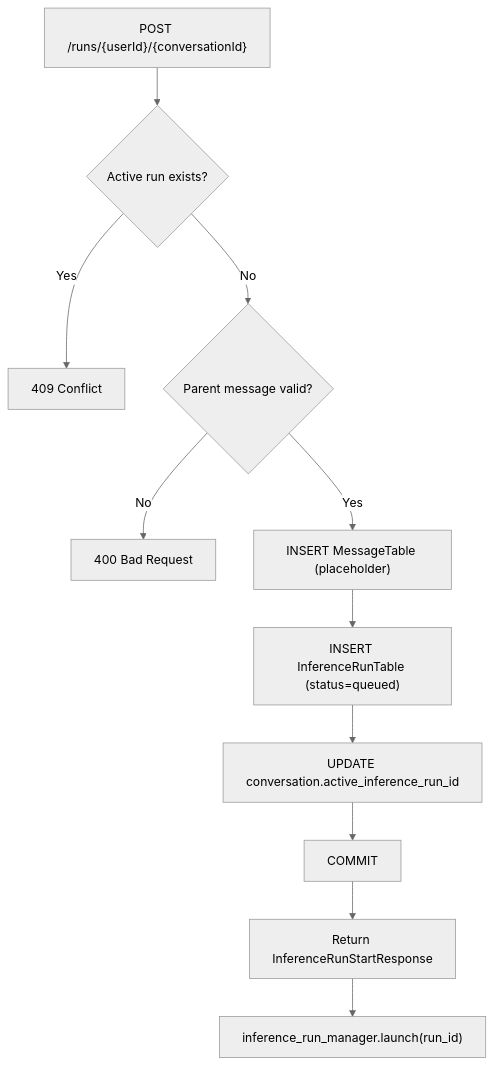
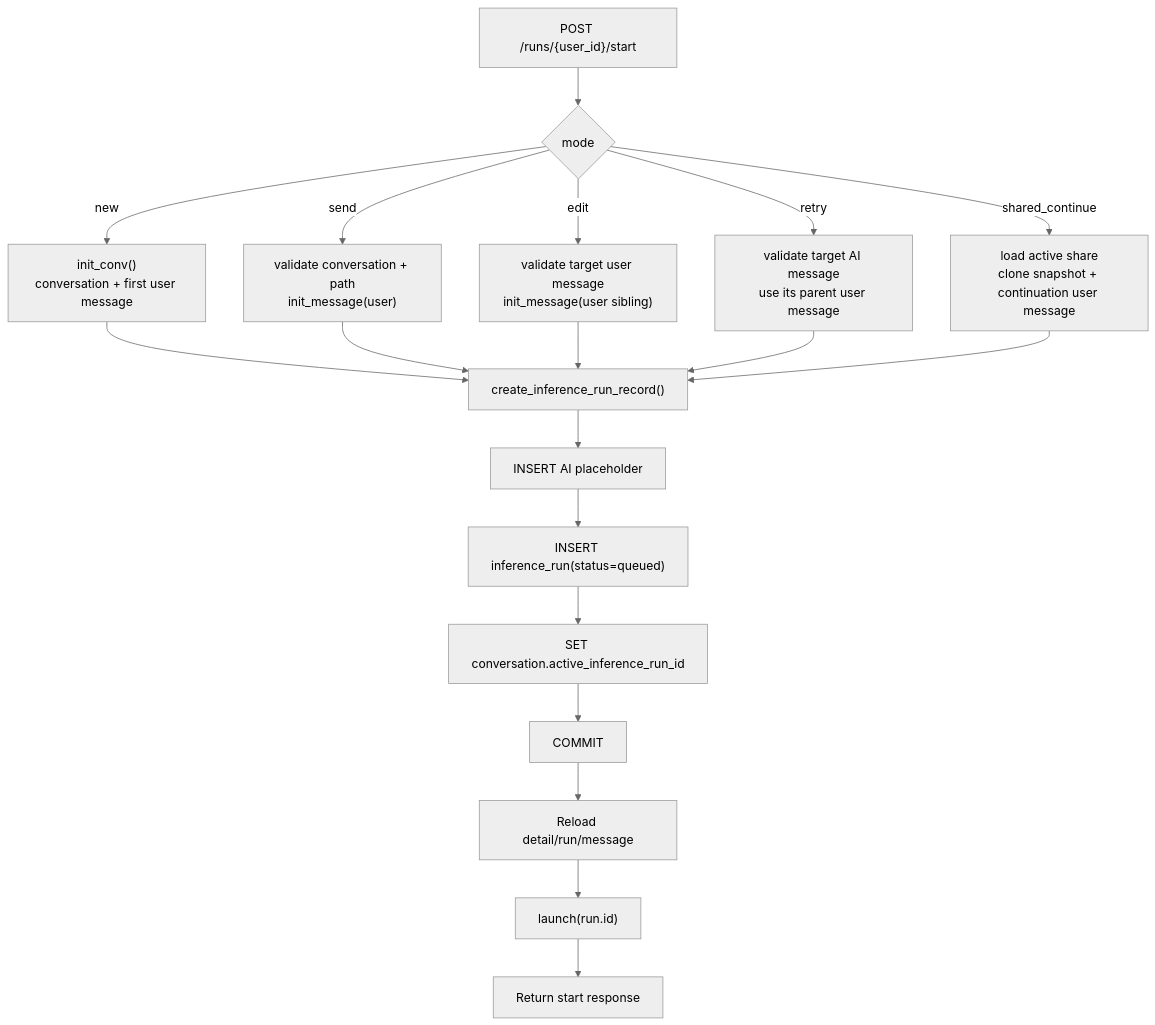
One commit to konstantinosmpouros/mAgenticX changed the fourth of 9 diagrams in docs/flows/inference-streaming.md. Above: the diagram before and after it, drawn with Mermaid (neutral theme). The commit also changed other lines of this file and 26 other files, not shown here.

Commit message:
Refactor inference start flow to backend-owned runs

````diff
--- a/docs/flows/inference-streaming.md
+++ b/docs/flows/inference-streaming.md
@@ -79,13 +217,17 @@
 ```mermaid
 flowchart TD
-    A["POST /runs/{userId}/{conversationId}"] --> B{Active run exists?}
-    B -->|Yes| C["409 Conflict"]
-    B -->|No| D{Parent message valid?}
-    D -->|No| E["400 Bad Request"]
-    D -->|Yes| F["INSERT MessageTable (placeholder)"]
-    F --> G["INSERT InferenceRunTable (status=queued)"]
-    G --> H["UPDATE conversation.active_inference_run_id"]
-    H --> I["COMMIT"]
-    I --> J["Return InferenceRunStartResponse"]
-    J --> K["inference_run_manager.launch(run_id)"]
+    A["POST /runs/{user_id}/start"] --> B{mode}
+    B -->|"new"| C["init_conv()\nconversation + first user message"]
+    B -->|"send"| D["validate conversation + path\ninit_message(user)"]
+    B -->|"edit"| E["validate target user message\ninit_message(user sibling)"]
+    B -->|"retry"| F["validate target AI message\nuse its parent user message"]
+    B -->|"shared_continue"| G["load active share\nclone snapshot + continuation user message"]
+    C & D & E & F & G --> H["create_inference_run_record()"]
+    H --> I["INSERT AI placeholder"]
+    I --> J["INSERT inference_run(status=queued)"]
+    J --> K["SET conversation.active_inference_run_id"]
+    K --> L["COMMIT"]
+    L --> M["Reload detail/run/message"]
+    M --> N["launch(run.id)"]
+    N --> O["Return start response"]
 ```
````
